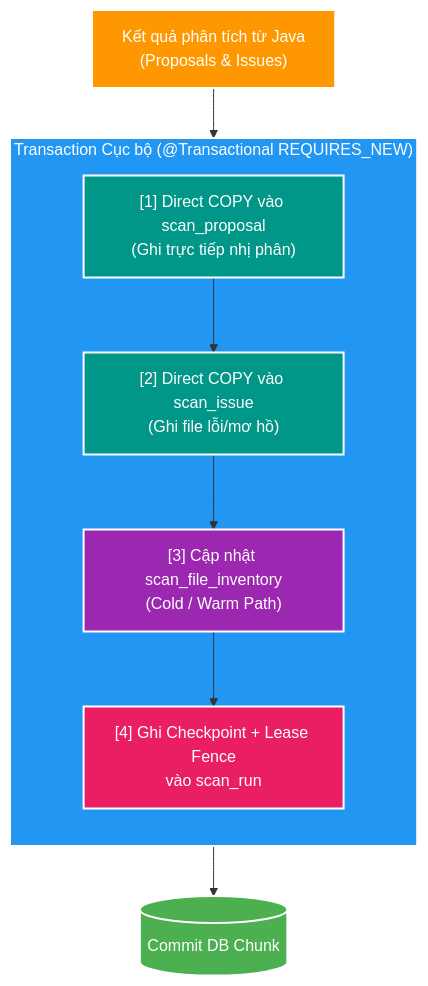
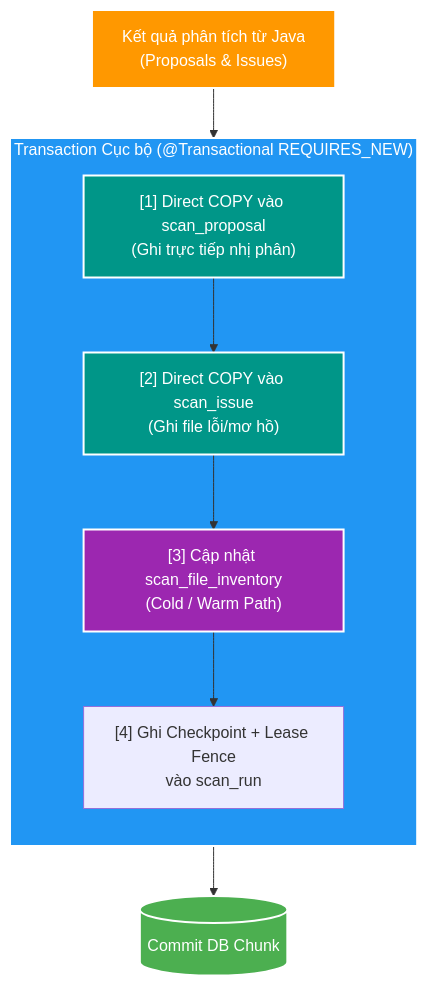
Before and after one commit to HungPhan200591/file-mngt-be-v2: the fifth of 6 diagrams in manual/learning/use-cases/scale-capacity/sc-01-scan-one-million-filesystem-entry/references/deep-dive-scan-preview-pipeline-under-30s.md, drawn with Mermaid. The commit also changed other lines of this file, not shown here.

````diff
--- a/manual/learning/use-cases/scale-capacity/sc-01-scan-one-million-filesystem-entry/references/deep-dive-scan-preview-pipeline-under-30s.md
+++ b/manual/learning/use-cases/scale-capacity/sc-01-scan-one-million-filesystem-entry/references/deep-dive-scan-preview-pipeline-under-30s.md
@@ -317,25 +331,24 @@
 ```mermaid
 flowchart TD
     ANALYZE["Kết quả phân tích từ Java<br/>(Proposals &amp; Issues)"]
     
     subgraph TX["Transaction Cục bộ (@Transactional REQUIRES_NEW)"]
         direction TB
         C1["[1] Direct COPY vào scan_proposal<br/>(Ghi trực tiếp nhị phân)"]
         C2["[2] Direct COPY vào scan_issue<br/>(Ghi file lỗi/mơ hồ)"]
         C3["[3] Cập nhật scan_file_inventory<br/>(Cold / Warm Path)"]
         C4["[4] Ghi Checkpoint + Lease Fence<br/>vào scan_run"]
         
         C1 --> C2 --> C3 --> C4
     end
 
     ANALYZE --> TX
     TX --> COMMIT[("Commit DB Chunk")]
 
     style ANALYZE fill:#FF9800,stroke:#fff,stroke-width:2px,color:#fff
     style TX fill:#2196F3,stroke:#fff,stroke-width:2px,color:#fff
     style C1 fill:#009688,stroke:#fff,stroke-width:2px,color:#fff
     style C2 fill:#009688,stroke:#fff,stroke-width:2px,color:#fff
     style C3 fill:#9C27B0,stroke:#fff,stroke-width:2px,color:#fff
-    style C4 fill:#E91E63,stroke:#fff,stroke-width:2px,color:#fff
     style COMMIT fill:#4CAF50,stroke:#fff,stroke-width:2px,color:#fff
 ```
````
